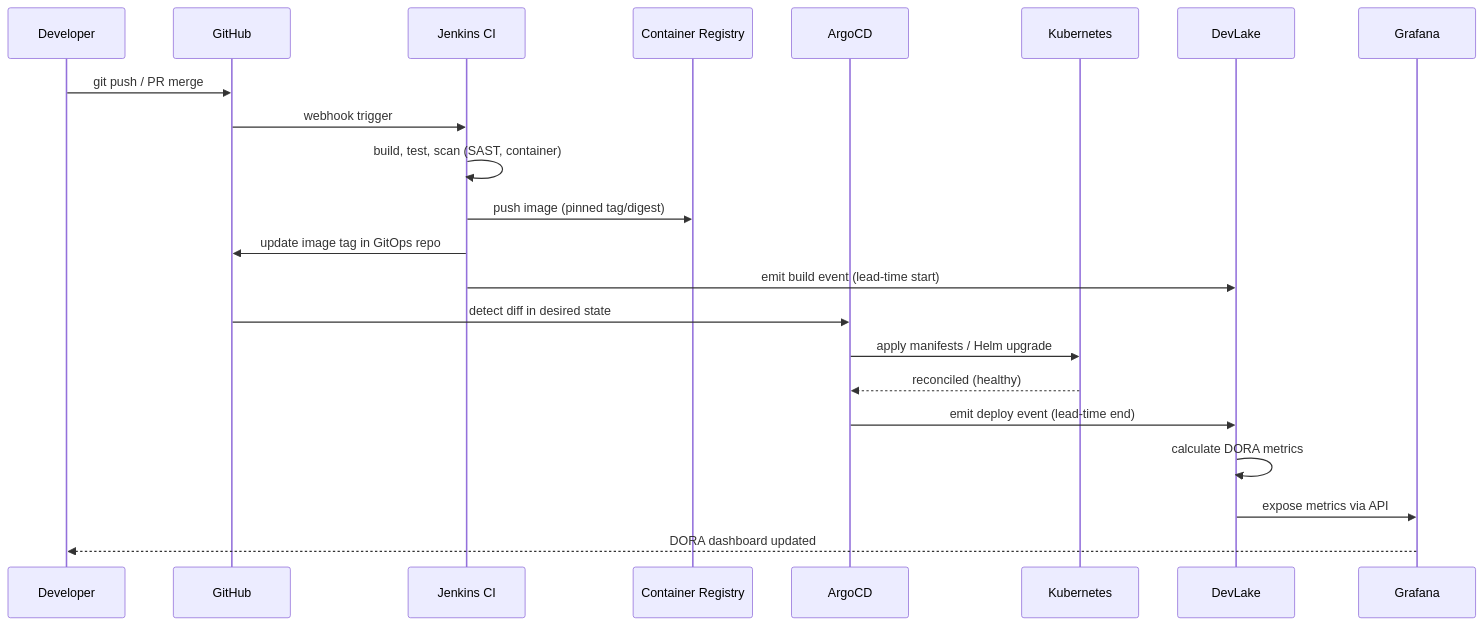
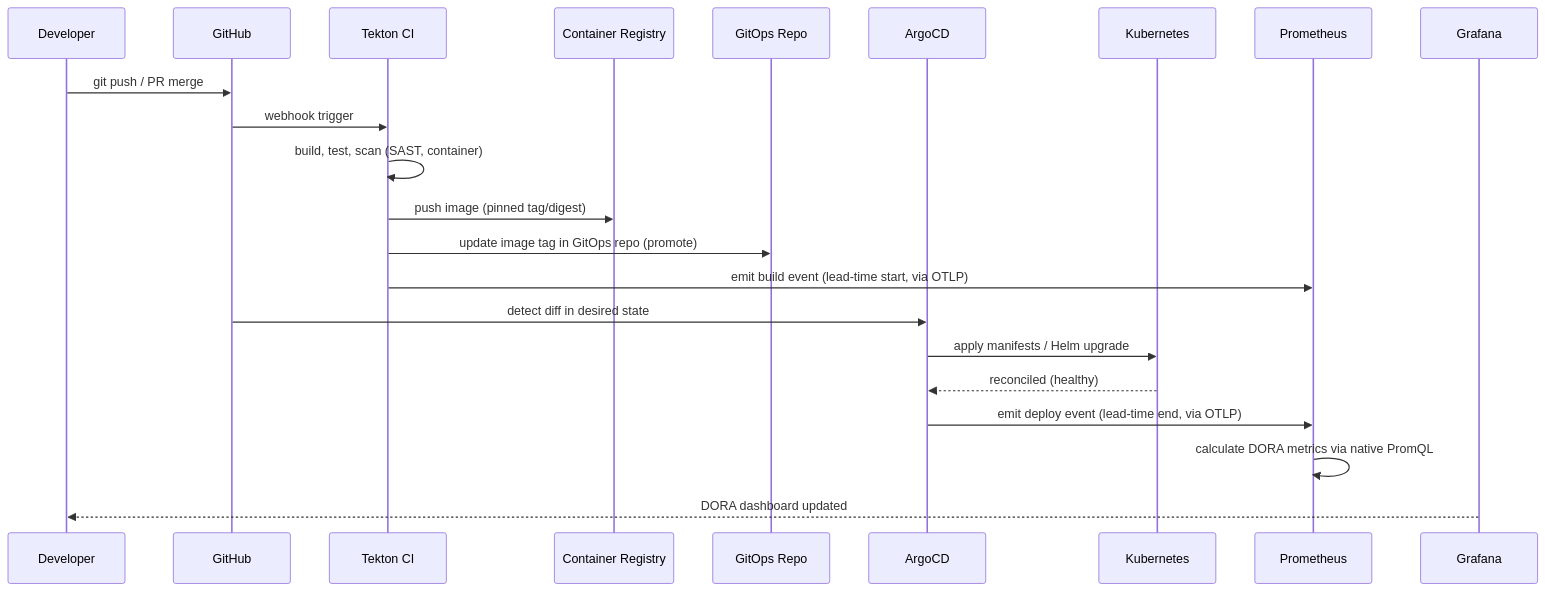
The second of 4 diagrams in docs/ARCHITECTURE.md (paruff/fawkes), drawn with Mermaid before and after one commit. The commit also changed other lines of this file and 15 other files, not shown here.

Commit message:
feat(arch): integrate architect feedback — Tekton, 2 monoliths, OpenBao, native DORA (#2091)

````diff
--- a/docs/ARCHITECTURE.md
+++ b/docs/ARCHITECTURE.md
@@ -315,27 +308,27 @@
 ```mermaid
 sequenceDiagram
     participant Dev as Developer
     participant GH as GitHub
-    participant Jenkins as Jenkins CI
+    participant Tekton as Tekton CI
     participant Registry as Container Registry
+    participant GitOps as GitOps Repo
     participant ArgoCD as ArgoCD
     participant K8s as Kubernetes
-    participant DevLake as DevLake
+    participant Prometheus as Prometheus
     participant Grafana as Grafana
 
     Dev->>GH: git push / PR merge
-    GH->>Jenkins: webhook trigger
-    Jenkins->>Jenkins: build, test, scan (SAST, container)
-    Jenkins->>Registry: push image (pinned tag/digest)
-    Jenkins->>GH: update image tag in GitOps repo
-    Jenkins->>DevLake: emit build event (lead-time start)
+    GH->>Tekton: webhook trigger
+    Tekton->>Tekton: build, test, scan (SAST, container)
+    Tekton->>Registry: push image (pinned tag/digest)
+    Tekton->>GitOps: update image tag in GitOps repo (promote)
+    Tekton->>Prometheus: emit build event (lead-time start, via OTLP)
 
     GH->>ArgoCD: detect diff in desired state
     ArgoCD->>K8s: apply manifests / Helm upgrade
     K8s-->>ArgoCD: reconciled (healthy)
-    ArgoCD->>DevLake: emit deploy event (lead-time end)
+    ArgoCD->>Prometheus: emit deploy event (lead-time end, via OTLP)
 
-    DevLake->>DevLake: calculate DORA metrics
-    DevLake->>Grafana: expose metrics via API
+    Prometheus->>Prometheus: calculate DORA metrics via native PromQL
     Grafana-->>Dev: DORA dashboard updated
 ```
````
